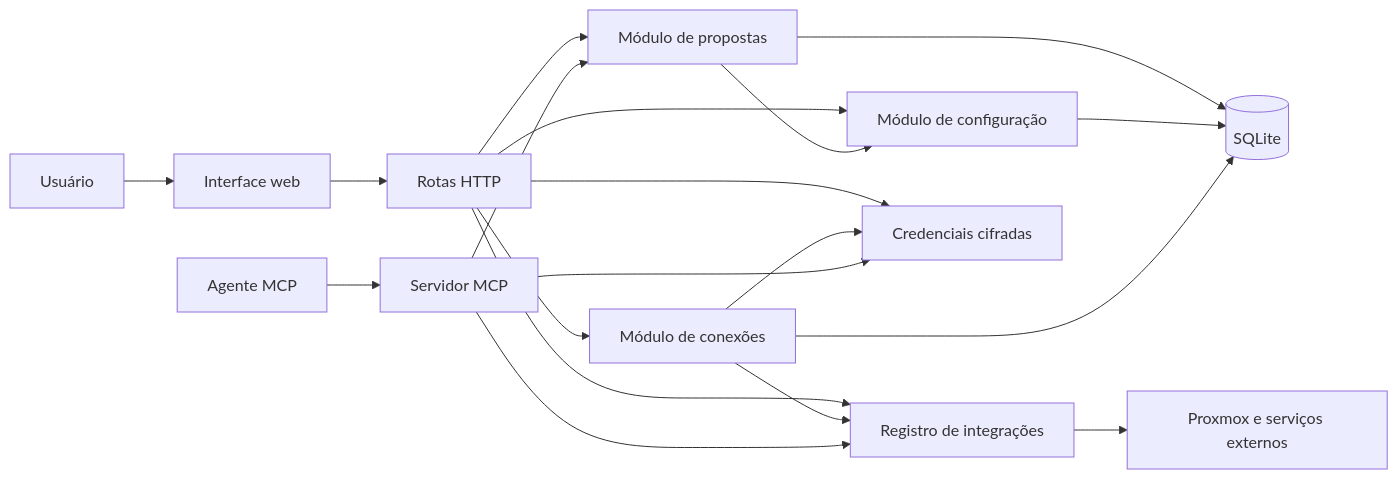
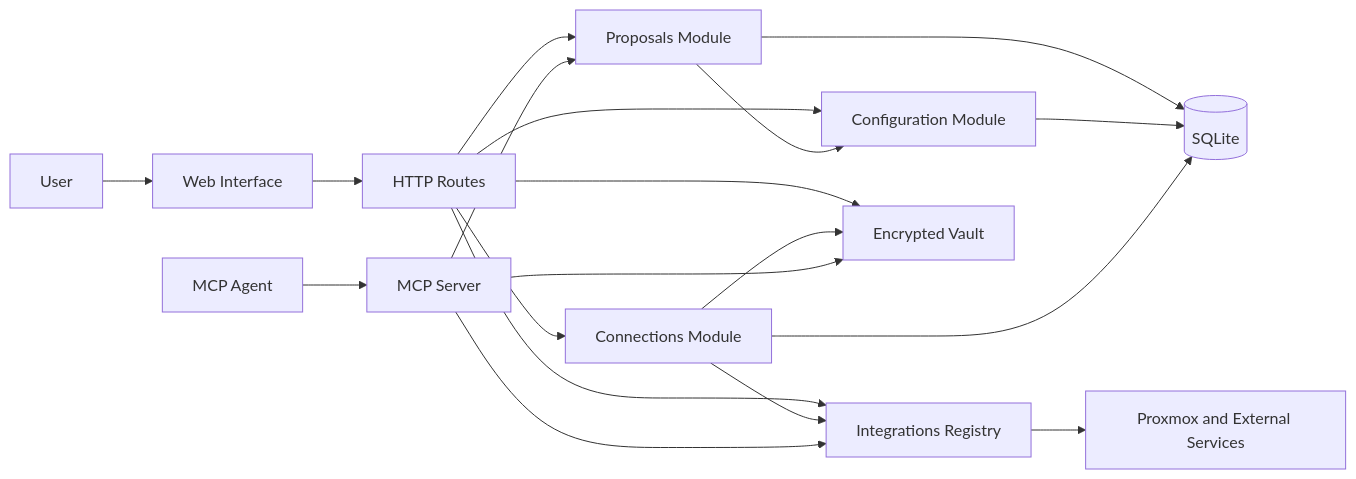
One commit to JhonatanMedeiros/homora changed the diagram in docs/arquitetura.md. Above: the diagram before and after it, drawn with Mermaid. The commit also changed other lines of this file and 146 other files, not shown here.

````diff
--- a/docs/arquitetura.md
+++ b/docs/arquitetura.md
@@ -12,21 +12,21 @@
 ```mermaid
 flowchart LR
-  U[Usuário] --> UI[Interface web]
-  A[Agente MCP] --> MCP[Servidor MCP]
-  UI --> HTTP[Rotas HTTP]
-  HTTP --> SC[Módulo de configuração]
+  U[User] --> UI[Web Interface]
+  A[MCP Agent] --> MCP[MCP Server]
+  UI --> HTTP[HTTP Routes]
+  HTTP --> SC[Configuration Module]
   HTTP --> PS
-  MCP --> PS[Módulo de propostas]
+  MCP --> PS[Proposals Module]
   PS --> SC
   PS --> DB
   SC --> DB[(SQLite)]
-  HTTP --> IC[Módulo de conexões]
+  HTTP --> IC[Connections Module]
   HTTP --> REG
   HTTP --> VAULT
   IC --> DB
-  IC --> VAULT[Credenciais cifradas]
-  IC --> REG[Registro de integrações]
+  IC --> VAULT[Encrypted Vault]
+  IC --> REG[Integrations Registry]
   MCP --> REG
   MCP --> VAULT
-  REG --> EXT[Proxmox e serviços externos]
+  REG --> EXT[Proxmox and External Services]
 ```
````
